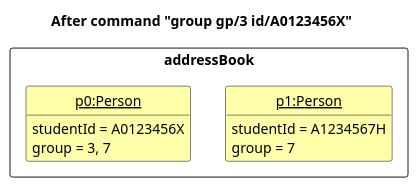
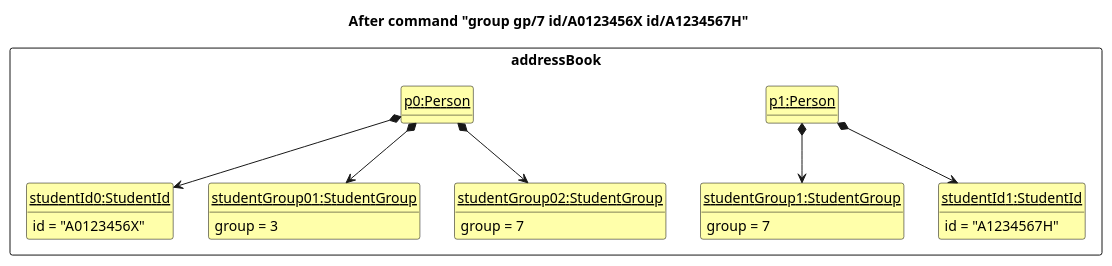
Before and after one commit to willowisp01/tp: the diagram in docs/diagrams/GroupState3.puml, drawn with PlantUML. The commit also changed 5 other files, not shown here.

Commit message:
Show studentId and Group as objects

```diff
--- a/docs/diagrams/GroupState3.puml
+++ b/docs/diagrams/GroupState3.puml
@@ -1,26 +1,50 @@
 @startuml
 'https://plantuml.com/class-diagram
 
 hide circle
 hide methods
 
 skinparam ClassFontColor #000000
 skinparam ClassBorderColor #000000
 skinparam ClassBackgroundColor #FFFFAA
 
-title After command "group gp/3 id/A0123456X"
+title After command "group gp/7 id/A0123456X id/A1234567H"
 
 package addressBook <<rectangle>> {
+
     class State1 as "<u>p0:Person</u>" {
-        studentId = A0123456X
-        group = 3, 7
 
     }
+
     class State2 as "<u>p1:Person</u>" {
-        studentId = A1234567H
+
+    }
+
+    class studentId0  as "<u>studentId0:StudentId</u>" {
+        id = "A0123456X"
+    }
+
+    class studentId1 as "<u>studentId1:StudentId</u>"{
+        id = "A1234567H"
+    }
+
+    class studentGroup01  as "<u>studentGroup01:StudentGroup</u>" {
+        group = 3
+    }
+
+    class studentGroup02  as "<u>studentGroup02:StudentGroup</u>" {
+        group = 7
+    }
+
+    class studentGroup1  as "<u>studentGroup1:StudentGroup</u>" {
         group = 7
     }
 }
 
 State1 -[hidden]right-> State2
+State1 *-down-> studentId0
+State1 *-down-> studentGroup01
+State1 *-down-> studentGroup02
+State2 *-down-> studentId1
+State2 *-down-> studentGroup1
 @enduml
```
